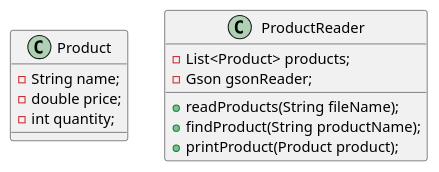
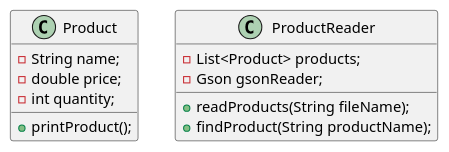
Before and after one commit to RyanTheGuyInSpace/hodge-a04: the diagram in exercise44/docs/ProductReader.puml, drawn with PlantUML. The commit also changed 2 other files, not shown here.

Commit message:
Modified Product class

```diff
--- a/exercise44/docs/ProductReader.puml
+++ b/exercise44/docs/ProductReader.puml
@@ -1,18 +1,19 @@
 @startuml
 
 class Product {
     -String name;
     -double price;
     -int quantity;
+
+    +printProduct();
 }
 
 class ProductReader {
     -List<Product> products;
     -Gson gsonReader;
 
     +readProducts(String fileName);
     +findProduct(String productName);
-    +printProduct(Product product);
 }
 
 @enduml
```
